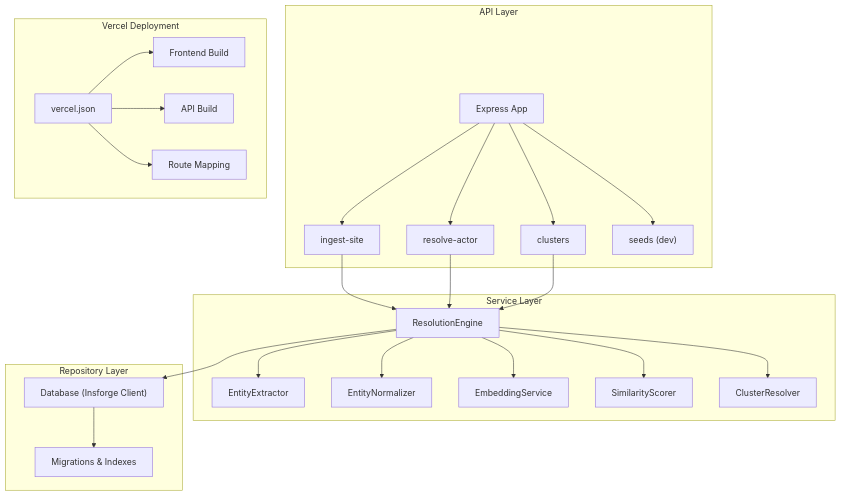
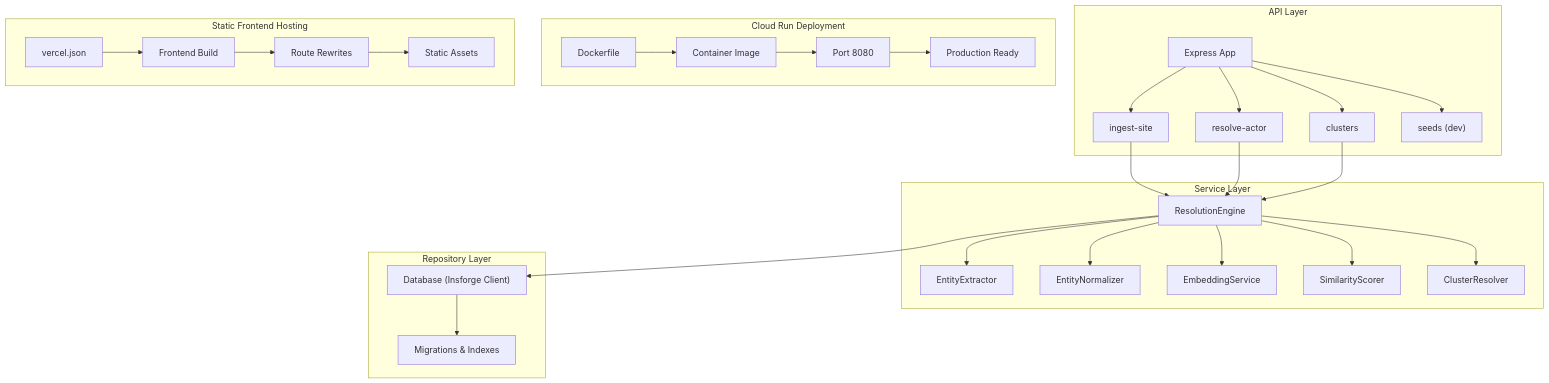
Before and after one commit to vishnusaibhosekar/ares: the second of 7 diagrams in .qoder/repowiki/en/content/Deployment & Operations.md, drawn with Mermaid. The commit also changed other lines of this file and 10 other files, not shown here.

````diff
--- a/.qoder/repowiki/en/content/Deployment & Operations.md
+++ b/.qoder/repowiki/en/content/Deployment & Operations.md
@@ -125,42 +134,51 @@
 ```mermaid
 graph TB
 subgraph "API Layer"
 S["Express App"]
 R1["ingest-site"]
 R2["resolve-actor"]
 R3["clusters"]
 R4["seeds (dev)"]
 end
 subgraph "Service Layer"
 SE["EntityExtractor"]
 SN["EntityNormalizer"]
 ES["EmbeddingService"]
 SS["SimilarityScorer"]
 CR["ClusterResolver"]
 RE["ResolutionEngine"]
 end
 subgraph "Repository Layer"
 DB["Database (Insforge Client)"]
 MIG["Migrations & Indexes"]
 end
-subgraph "Vercel Deployment"
-VB["vercel.json"]
-V1["Frontend Build"]
-V2["API Build"]
-V3["Route Mapping"]
+subgraph "Cloud Run Deployment"
+DC["Dockerfile"]
+CI["Container Image"]
+PORT["Port 8080"]
+ENDPT["Production Ready"]
+end
+subgraph "Static Frontend Hosting"
+VF["vercel.json"]
+FB["Frontend Build"]
+RR["Route Rewrites"]
+ENDPT2["Static Assets"]
 end
 S --> R1 --> RE
 S --> R2 --> RE
 S --> R3 --> RE
 S --> R4
 RE --> SE
 RE --> SN
 RE --> ES
 RE --> SS
 RE --> CR
 RE --> DB
 DB --> MIG
-VB --> V1
-VB --> V2
-VB --> V3
+DC --> CI
+CI --> PORT
+PORT --> ENDPT
+VF --> FB
+FB --> RR
+RR --> ENDPT2
 ```
````
